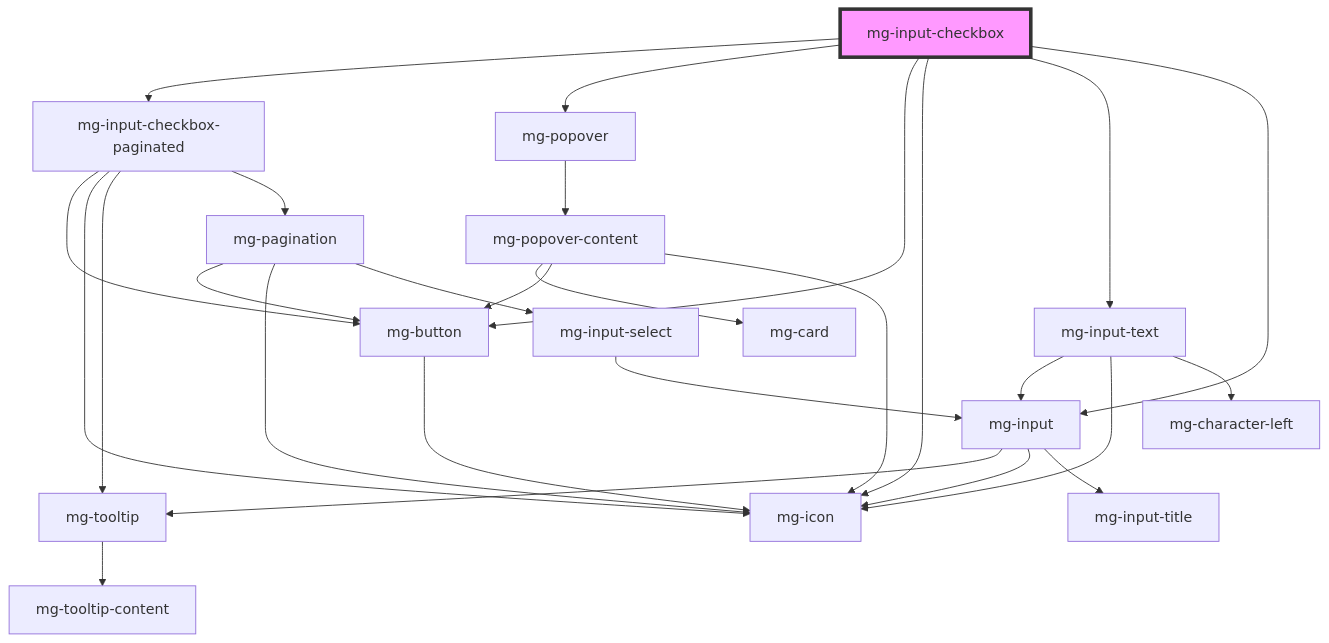
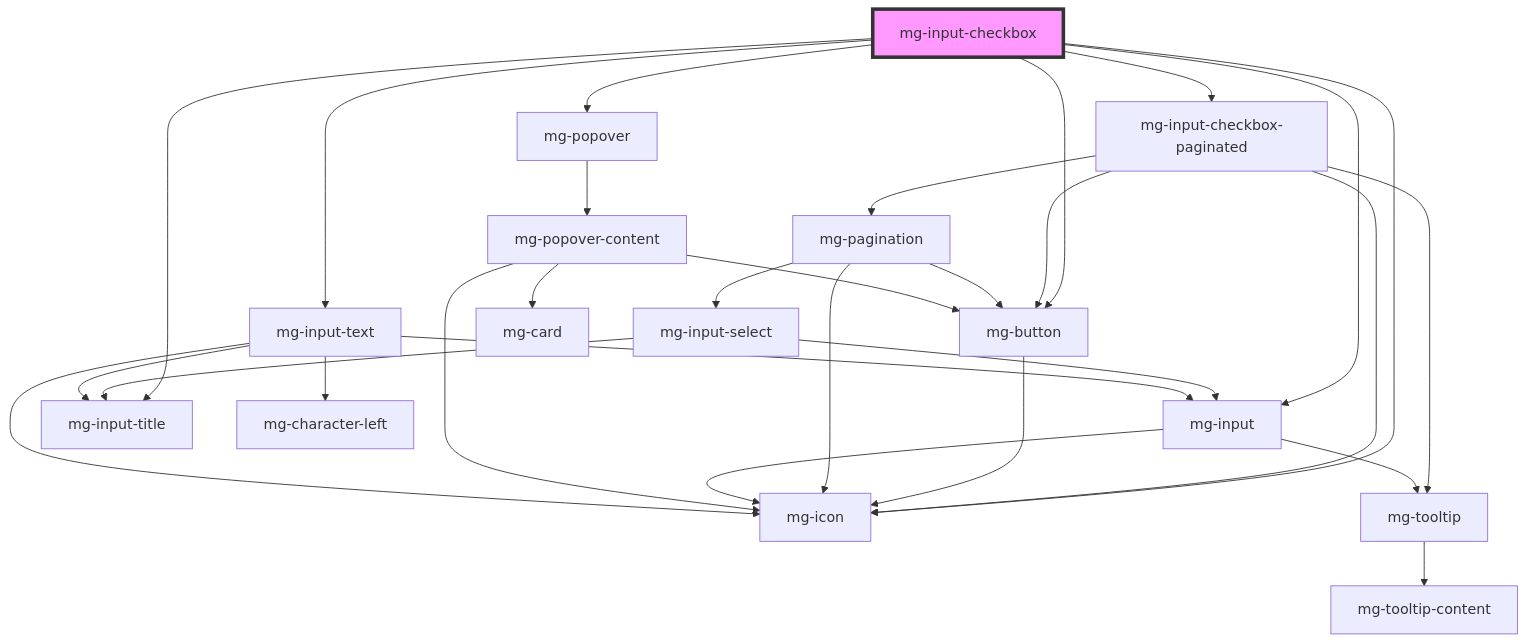
The diagram in packages/mg-components/src/components/molecules/inputs/mg-input-checkbox/readme.md (MGDIS/core-ui), drawn with Mermaid before and after one commit. The commit also changed other lines of this file and 50 other files, not shown here.

````diff
--- a/packages/mg-components/src/components/molecules/inputs/mg-input-checkbox/readme.md
+++ b/packages/mg-components/src/components/molecules/inputs/mg-input-checkbox/readme.md
@@ -149,30 +150,32 @@
 ```mermaid
 graph TD;
   mg-input-checkbox --> mg-input-checkbox-paginated
   mg-input-checkbox --> mg-popover
   mg-input-checkbox --> mg-button
   mg-input-checkbox --> mg-icon
   mg-input-checkbox --> mg-input-text
   mg-input-checkbox --> mg-input
+  mg-input-checkbox --> mg-input-title
   mg-input-checkbox-paginated --> mg-button
   mg-input-checkbox-paginated --> mg-icon
   mg-input-checkbox-paginated --> mg-tooltip
   mg-input-checkbox-paginated --> mg-pagination
   mg-button --> mg-icon
   mg-tooltip --> mg-tooltip-content
   mg-pagination --> mg-button
   mg-pagination --> mg-icon
   mg-pagination --> mg-input-select
   mg-input-select --> mg-input
+  mg-input-select --> mg-input-title
   mg-input --> mg-tooltip
   mg-input --> mg-icon
-  mg-input --> mg-input-title
   mg-popover --> mg-popover-content
   mg-popover-content --> mg-card
   mg-popover-content --> mg-button
   mg-popover-content --> mg-icon
-  mg-input-text --> mg-input
   mg-input-text --> mg-icon
   mg-input-text --> mg-character-left
+  mg-input-text --> mg-input
+  mg-input-text --> mg-input-title
   style mg-input-checkbox fill:#f9f,stroke:#333,stroke-width:4px
 ```
````
